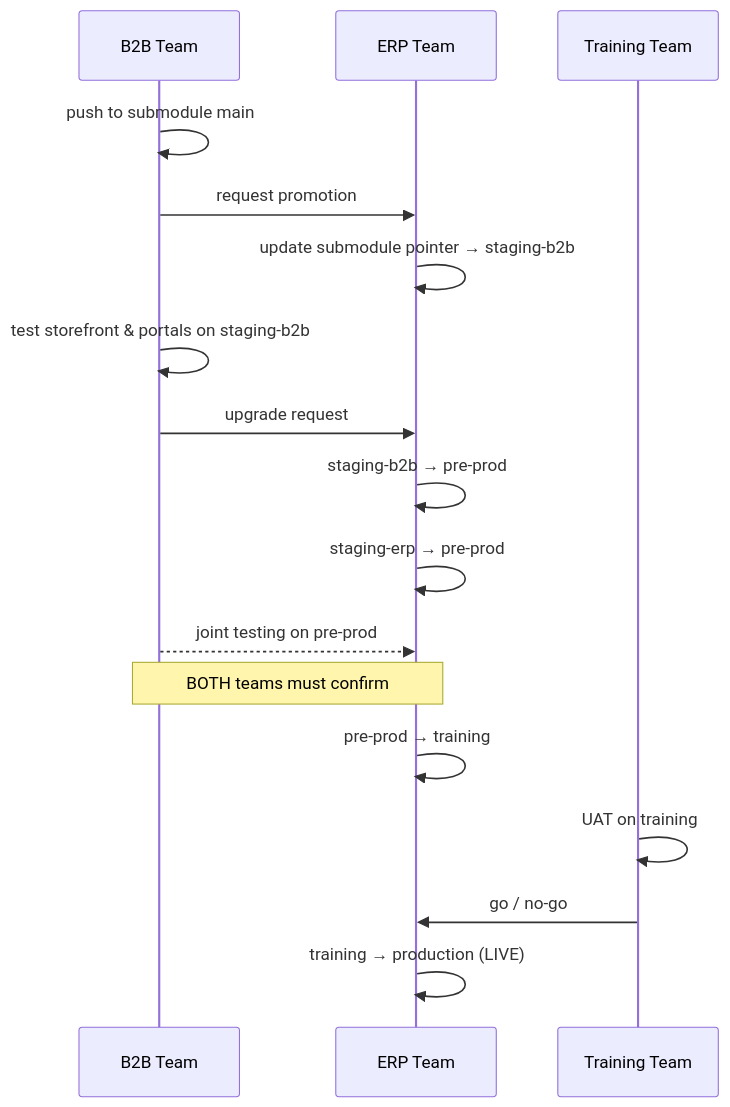
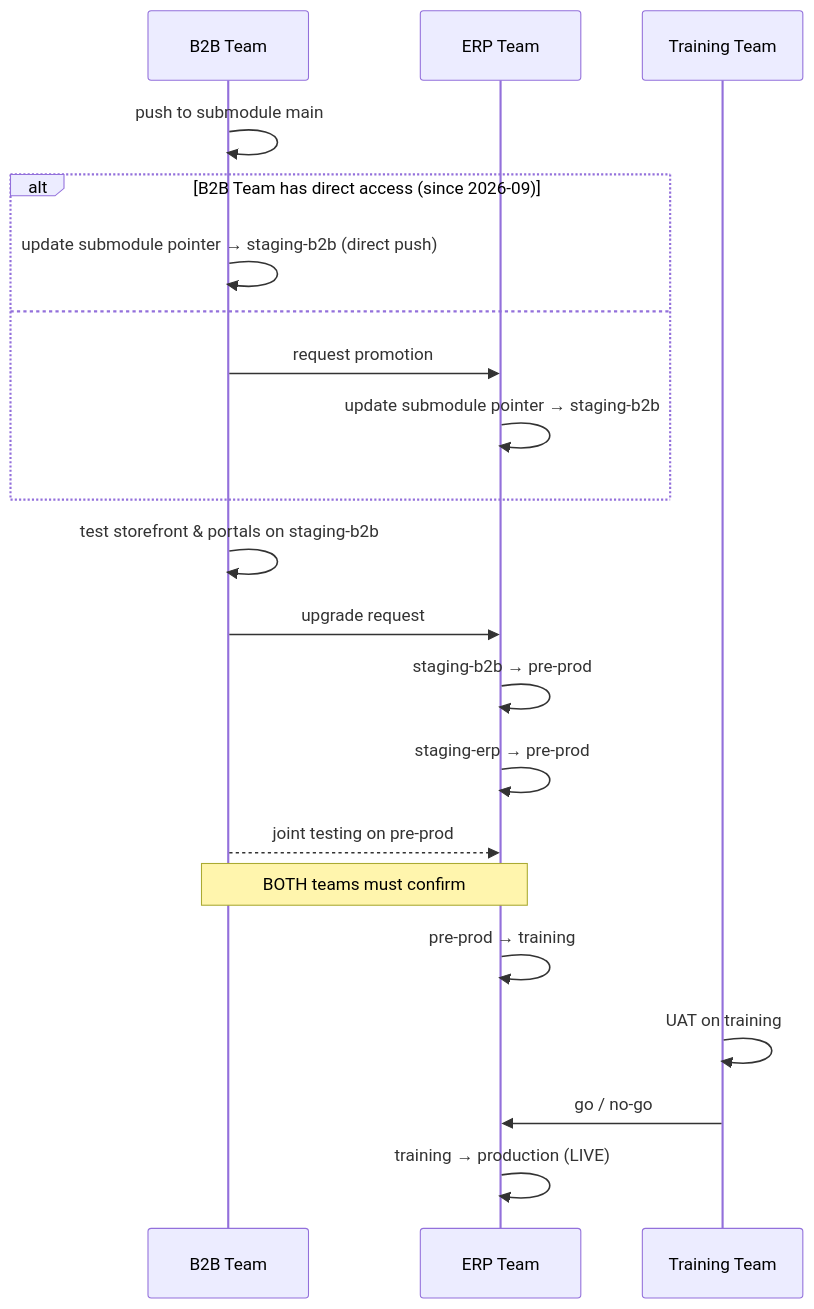
One commit to LaplaceSoftware/lp_projects_docs changed the fourth of 8 diagrams in docs/b2b_ecommerce_docs/_technical_docs/014-Deployment-Architecture.md. Above: the diagram before and after it, drawn with Mermaid. The commit also changed other lines of this file and 3 other files, not shown here.

First line of the commit message:
Document staging-b2b direct submodule access; add 018.2 checklist

````diff
--- a/docs/b2b_ecommerce_docs/_technical_docs/014-Deployment-Architecture.md
+++ b/docs/b2b_ecommerce_docs/_technical_docs/014-Deployment-Architecture.md
@@ -95,20 +100,24 @@
 ```mermaid
 sequenceDiagram
     participant B2B as B2B Team
     participant ERP as ERP Team
     participant TR as Training Team
 
     B2B->>B2B: push to submodule main
-    B2B->>ERP: request promotion
-    ERP->>ERP: update submodule pointer → staging-b2b
+    alt B2B Team has direct access (since 2026-09)
+        B2B->>B2B: update submodule pointer → staging-b2b (direct push)
+    else
+        B2B->>ERP: request promotion
+        ERP->>ERP: update submodule pointer → staging-b2b
+    end
     B2B->>B2B: test storefront & portals on staging-b2b
     B2B->>ERP: upgrade request
     ERP->>ERP: staging-b2b → pre-prod
     ERP->>ERP: staging-erp → pre-prod
     B2B-->>ERP: joint testing on pre-prod
     Note over B2B,ERP: BOTH teams must confirm
     ERP->>ERP: pre-prod → training
     TR->>TR: UAT on training
     TR->>ERP: go / no-go
     ERP->>ERP: training → production (LIVE)
 ```
````
